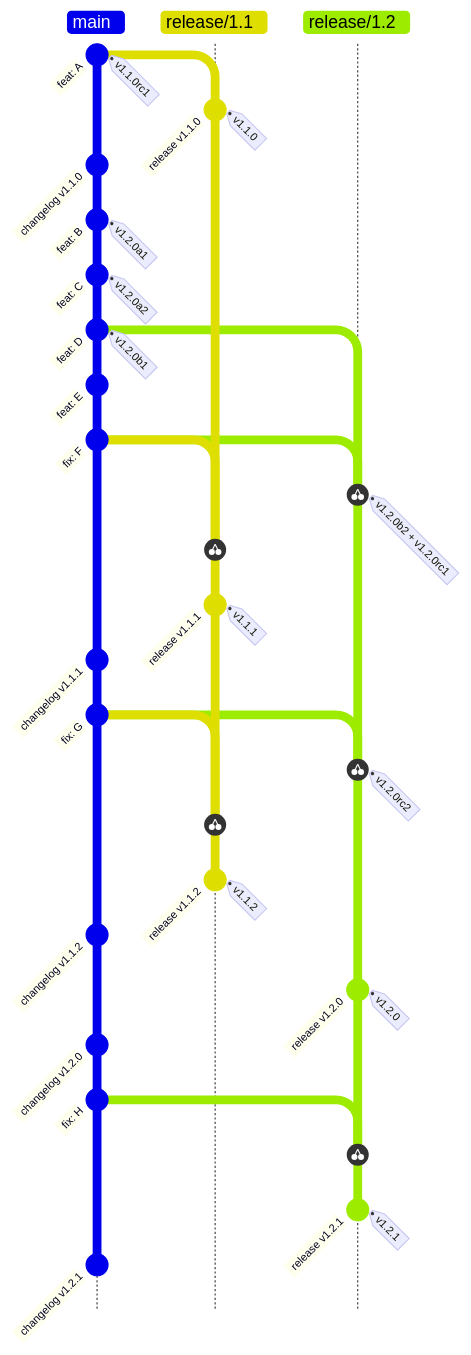
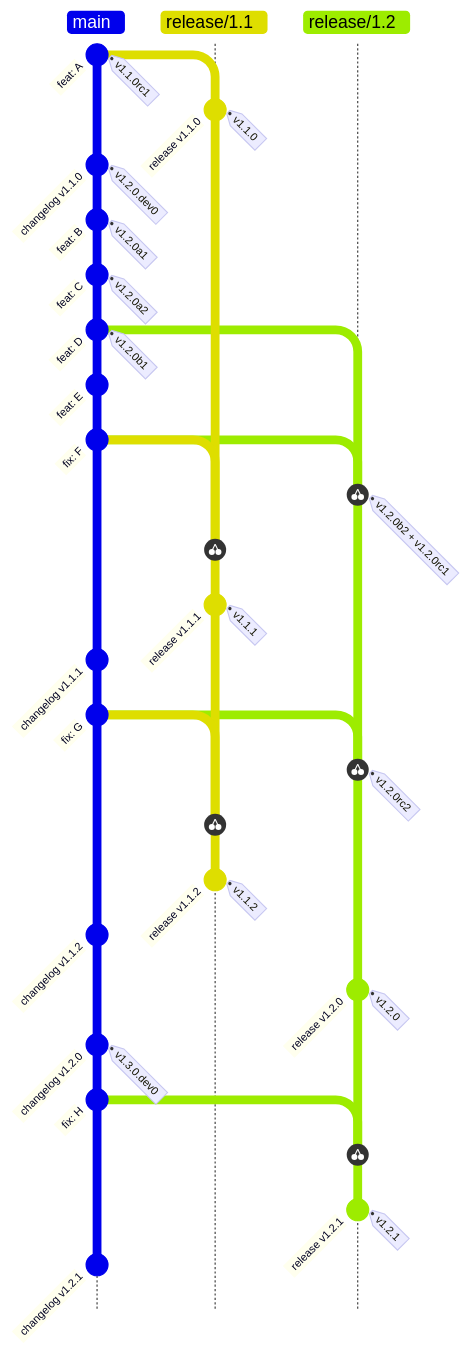
Before and after one commit to Algorithmiq/release-tools: the fifth of 5 diagrams in docs/branching-model.md, drawn with Mermaid. The commit also changed other lines of this file and 23 other files, not shown here.

````diff
--- a/docs/branching-model.md
+++ b/docs/branching-model.md
@@ -100,40 +104,40 @@
 ```mermaid
 gitGraph TB:
   commit id: "feat: A" tag: "v1.1.0rc1"
   branch release/1.1
   commit id: "release v1.1.0" tag: "v1.1.0"
   checkout main
-  commit id: "changelog v1.1.0"
+  commit id: "changelog v1.1.0" tag: "v1.2.0.dev0"
   commit id: "feat: B" tag: "v1.2.0a1"
   commit id: "feat: C" tag: "v1.2.0a2"
   commit id: "feat: D" tag: "v1.2.0b1"
   branch release/1.2
   checkout main
   commit id: "feat: E"
   commit id: "fix: F"
   checkout release/1.2
   cherry-pick id: "fix: F" tag: "v1.2.0b2 + v1.2.0rc1"
   checkout release/1.1
   cherry-pick id: "fix: F" tag: ""
   commit id: "release v1.1.1" tag: "v1.1.1"
   checkout main
   commit id: "changelog v1.1.1"
   commit id: "fix: G"
   checkout release/1.2
   cherry-pick id: "fix: G" tag: "v1.2.0rc2"
   checkout release/1.1
   cherry-pick id: "fix: G" tag: ""
   commit id: "release v1.1.2" tag: "v1.1.2"
   checkout main
   commit id: "changelog v1.1.2"
   checkout release/1.2
   commit id: "release v1.2.0" tag: "v1.2.0"
   checkout main
-  commit id: "changelog v1.2.0"
+  commit id: "changelog v1.2.0" tag: "v1.3.0.dev0"
   commit id: "fix: H"
   checkout release/1.2
   cherry-pick id: "fix: H" tag: ""
   commit id: "release v1.2.1" tag: "v1.2.1"
   checkout main
   commit id: "changelog v1.2.1"
 ```
````
